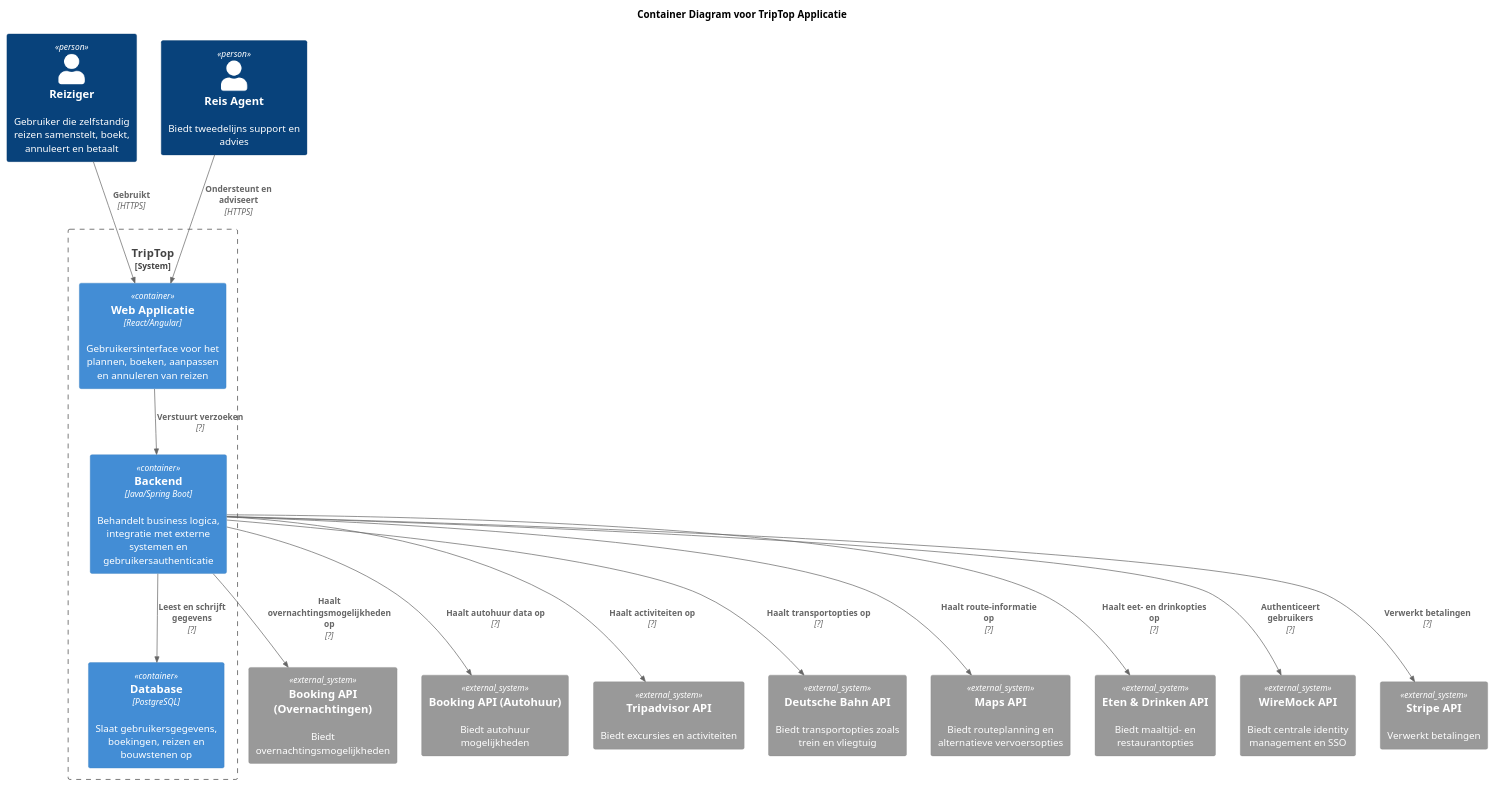
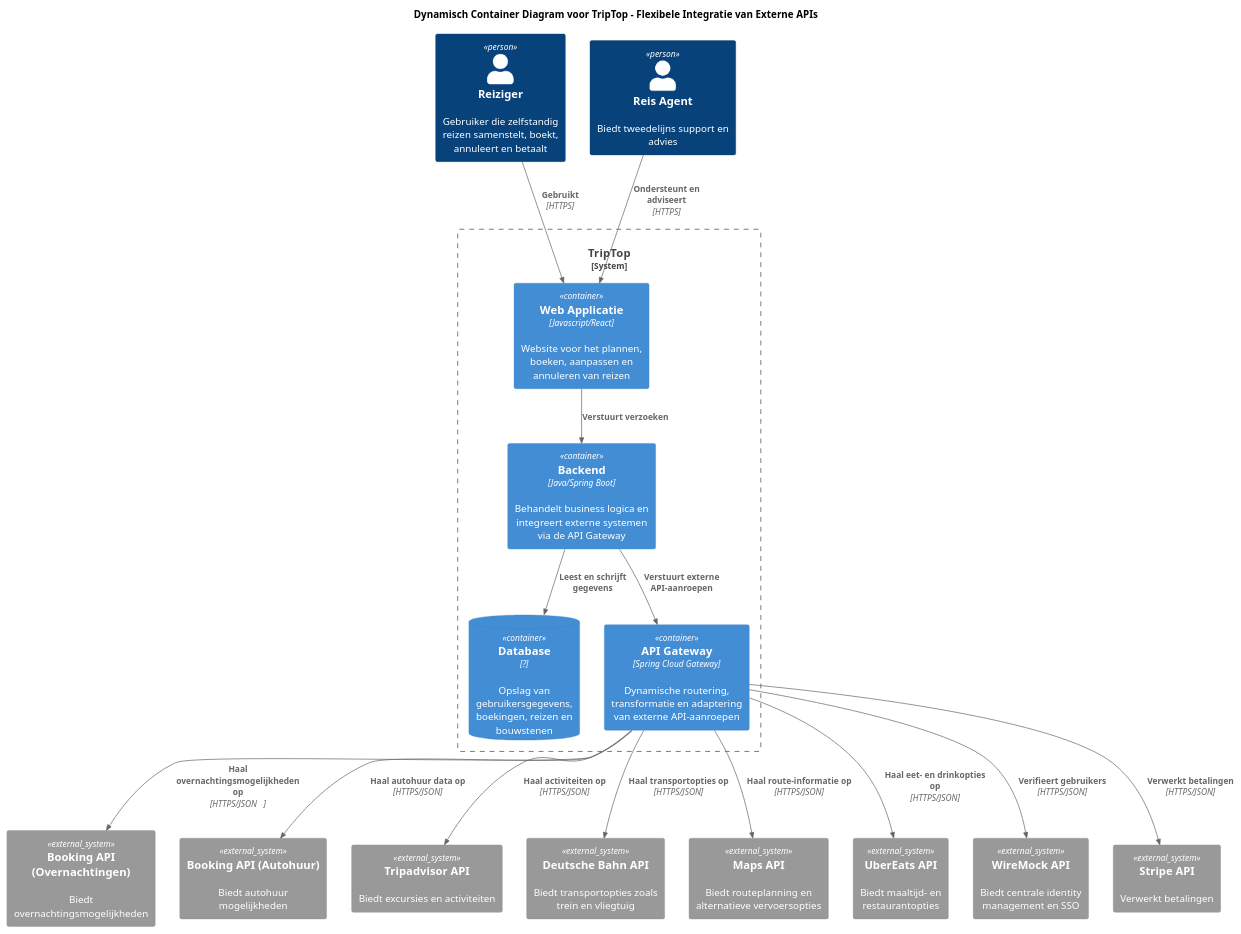
One commit to AIM-ENE-feb25/triptop-asas changed the diagram in software-guidebook/container-diagrammen/container-ahmed.puml. Above: the diagram before and after it, drawn with PlantUML.

Commit message:
technologieen en API voor eten en drinken

```diff
--- a/software-guidebook/container-diagrammen/container-ahmed.puml
+++ b/software-guidebook/container-diagrammen/container-ahmed.puml
@@ -1,38 +1,42 @@
-    @startuml
+@startuml
 !include https://raw.githubusercontent.com/plantuml-stdlib/C4-PlantUML/master/C4_Container.puml
-title Container Diagram voor TripTop Applicatie
+title Dynamisch Container Diagram voor TripTop – Flexibele Integratie van Externe APIs
 
 Person(reiziger, "Reiziger", "Gebruiker die zelfstandig reizen samenstelt, boekt, annuleert en betaalt")
 Person(ondersteuner, "Reis Agent", "Biedt tweedelijns support en advies")
 
 System_Boundary(triptop, "TripTop") {
-    Container(webApp, "Web Applicatie", "React/Angular", "Gebruikersinterface voor het plannen, boeken, aanpassen en annuleren van reizen")
-    Container(api, "Backend", "Java/Spring Boot", "Behandelt business logica, integratie met externe systemen en gebruikersauthenticatie")
-    Container(db, "Database", "PostgreSQL", "Slaat gebruikersgegevens, boekingen, reizen en bouwstenen op")
+    Container(webApp, "Web Applicatie", "Javascript/React", "Website voor het plannen, boeken, aanpassen en annuleren van reizen")
+    Container(api, "Backend", "Java/Spring Boot", "Behandelt business logica en integreert externe systemen via de API Gateway")
+    ContainerDb(db, "Database", "?", "Opslag van gebruikersgegevens, boekingen, reizen en bouwstenen")
+    Container(apiGateway, "API Gateway", "Spring Cloud Gateway", "Dynamische routering, transformatie en adaptering van externe API-aanroepen")
 }
 
 System_Ext(overnachtingen, "Booking API (Overnachtingen)", "Biedt overnachtingsmogelijkheden")
 System_Ext(autohuur, "Booking API (Autohuur)", "Biedt autohuur mogelijkheden")
 System_Ext(activiteiten, "Tripadvisor API", "Biedt excursies en activiteiten")
 System_Ext(vervoer1, "Deutsche Bahn API", "Biedt transportopties zoals trein en vliegtuig")
 System_Ext(vervoer2, "Maps API", "Biedt routeplanning en alternatieve vervoersopties")
-System_Ext(eten, "Eten & Drinken API", "Biedt maaltijd- en restaurantopties")
+System_Ext(eten, "UberEats API", "Biedt maaltijd- en restaurantopties")
 System_Ext(identity, "WireMock API", "Biedt centrale identity management en SSO")
 System_Ext(payment, "Stripe API", "Verwerkt betalingen")
 
 Rel(reiziger, webApp, "Gebruikt", "HTTPS")
 Rel(ondersteuner, webApp, "Ondersteunt en adviseert", "HTTPS")
 
-Rel(webApp, api, "Verstuurt verzoeken", "?")
-Rel(api, db, "Leest en schrijft gegevens", "?")
+Rel(webApp, api, "Verstuurt verzoeken", "")
+Rel(api, db, "Leest en schrijft gegevens", "")
+Rel(api, apiGateway, "Verstuurt externe API-aanroepen", "")
 
-Rel(api, overnachtingen, "Haalt overnachtingsmogelijkheden op", "?")
-Rel(api, autohuur, "Haalt autohuur data op", "?")
-Rel(api, activiteiten, "Haalt activiteiten op", "?")
-Rel(api, vervoer1, "Haalt transportopties op", "?")
-Rel(api, vervoer2, "Haalt route-informatie op", "?")
-Rel(api, eten, "Haalt eet- en drinkopties op", "?")
-Rel(api, identity, "Authenticeert gebruikers", "?")
-Rel(api, payment, "Verwerkt betalingen", "?")
+Rel(apiGateway, overnachtingen, "Haal overnachtingsmogelijkheden op", "HTTPS/JSON   ")
+Rel(apiGateway, autohuur, "Haal autohuur data op", "HTTPS/JSON")
+Rel(apiGateway, activiteiten, "Haal activiteiten op", "HTTPS/JSON")
+Rel(apiGateway, vervoer1, "Haal transportopties op", "HTTPS/JSON")
+Rel(apiGateway, vervoer2, "Haal route-informatie op", "HTTPS/JSON")
+Rel(apiGateway, eten, "Haal eet- en drinkopties op", "HTTPS/JSON")
+Rel(apiGateway, identity, "Verifieert gebruikers", "HTTPS/JSON")
+Rel(apiGateway, payment, "Verwerkt betalingen", "HTTPS/JSON")
+
+
 
 @enduml
```
